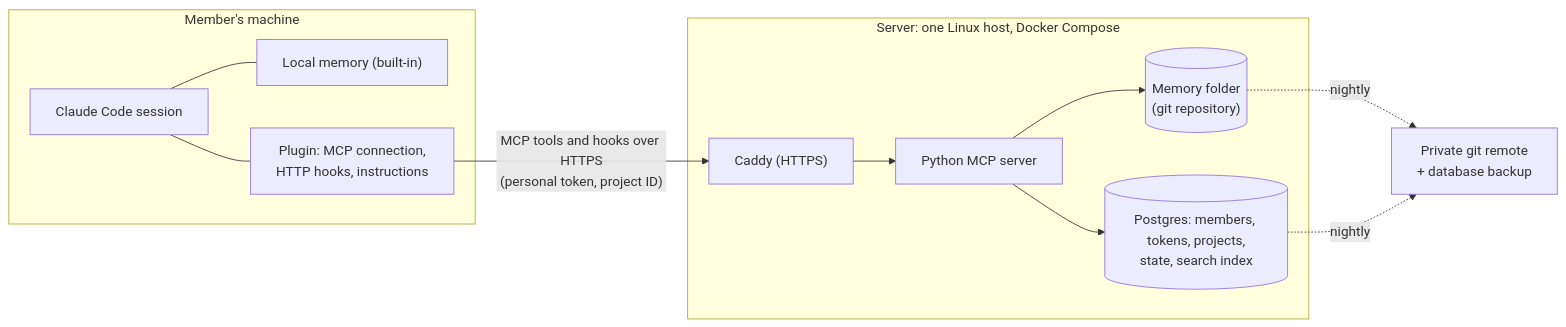
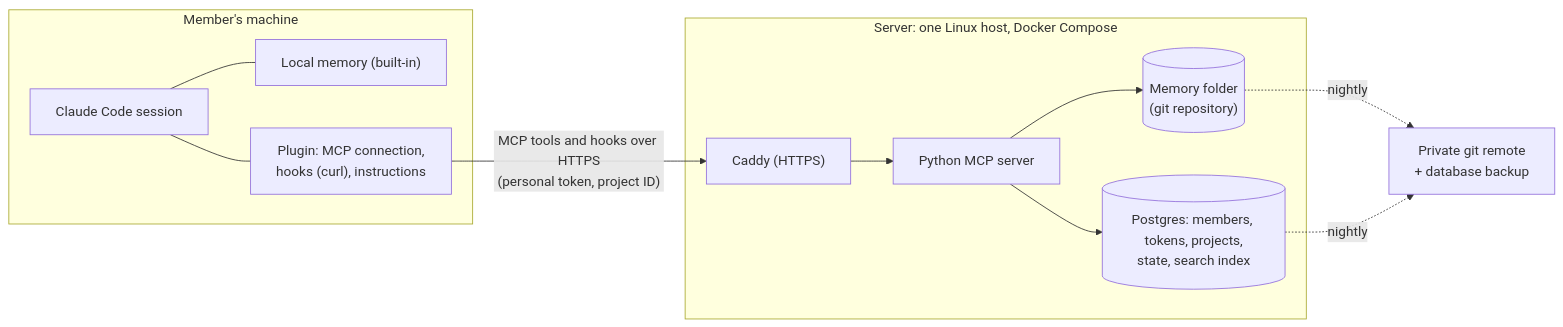
One commit to madhav037/shared-memory changed the second of 2 diagrams in docs/design.md. Above: the diagram before and after it, drawn with Mermaid. The commit also changed other lines of this file and 3 other files, not shown here.

First line of the commit message:
Call the hook endpoints with curl from command hooks

````diff
--- a/docs/design.md
+++ b/docs/design.md
@@ -200,23 +200,23 @@
 ```mermaid
 flowchart LR
   subgraph Machine["Member's machine"]
     CC["Claude Code session"]
     LM["Local memory (built-in)"]
-    PL["Plugin: MCP connection,<br/>HTTP hooks, instructions"]
+    PL["Plugin: MCP connection,<br/>hooks (curl), instructions"]
   end
   subgraph Server["Server: one Linux host, Docker Compose"]
     CA["Caddy (HTTPS)"]
     MS["Python MCP server"]
     FS[("Memory folder<br/>(git repository)")]
     PG[("Postgres: members, tokens, projects,<br/>state, search index")]
   end
   BK["Private git remote<br/>+ database backup"]
   CC --- LM
   CC --- PL
   PL -- "MCP tools and hooks over HTTPS<br/>(personal token, project ID)" --> CA
   CA --> MS
   MS --> FS
   MS --> PG
   FS -. nightly .-> BK
   PG -. nightly .-> BK
 ```
````
